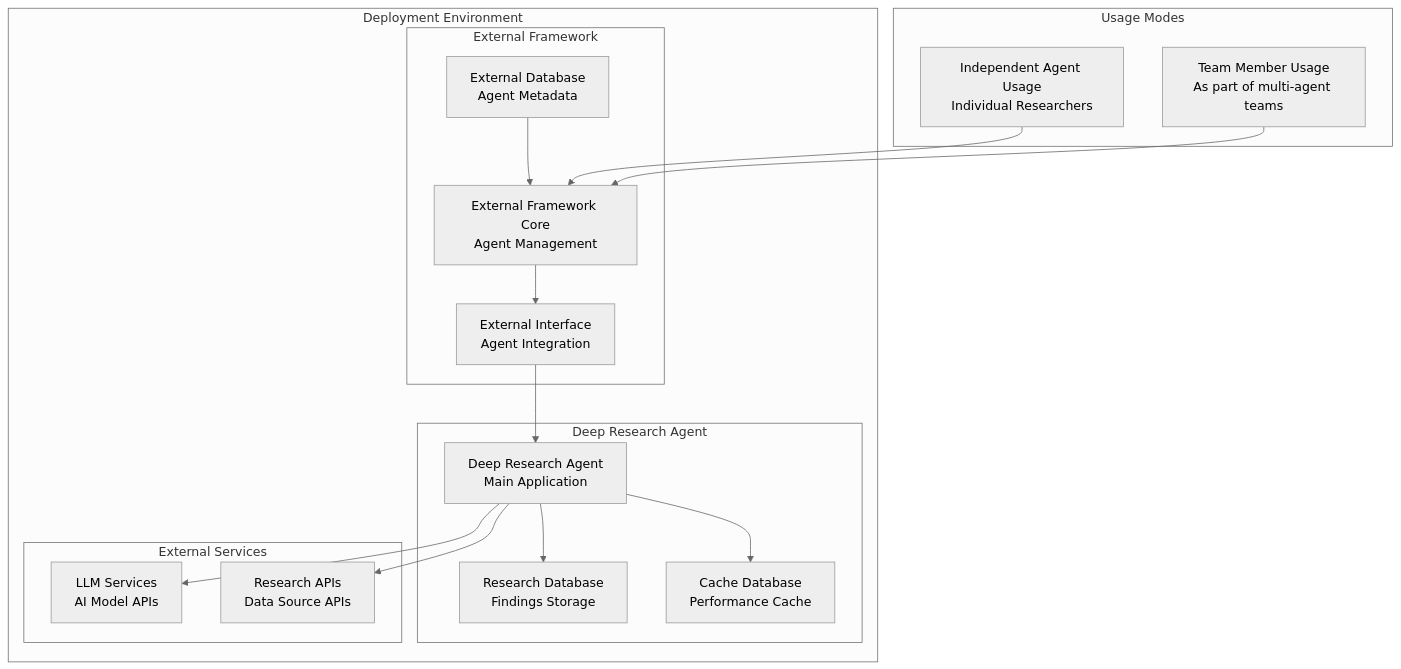
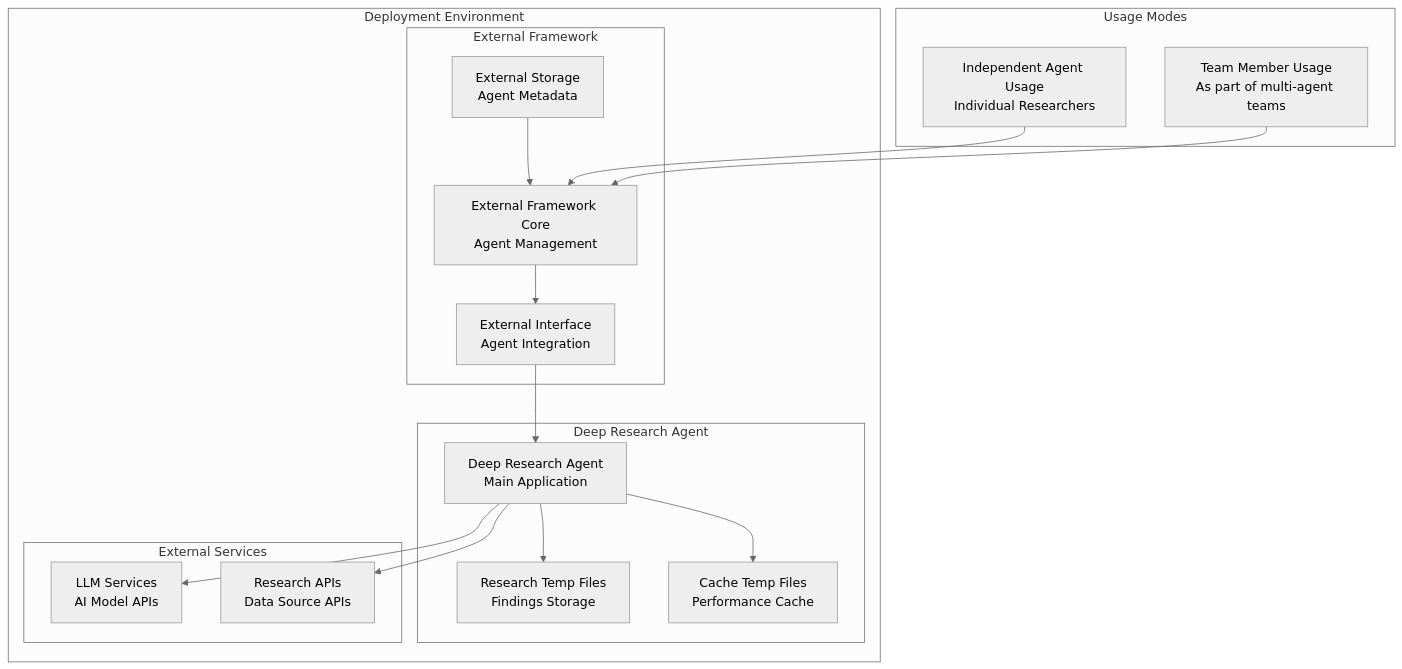
One commit to agentplug/research-agent changed the seventh of 7 diagrams in docs/.architecture_design/deep_research_agent_architecture.md. Above: the diagram before and after it, drawn with Mermaid (neutral theme). The commit also changed other lines of this file, not shown here.

First line of the commit message:
refactor: simplify scalability requirements for research agent

````diff
--- a/docs/.architecture_design/deep_research_agent_architecture.md
+++ b/docs/.architecture_design/deep_research_agent_architecture.md
@@ -475,38 +486,38 @@
 ```mermaid
 graph TB
     subgraph "Deployment Environment"
         subgraph "External Framework"
             AHC["External Framework Core<br/>Agent Management"]
             AHI["External Interface<br/>Agent Integration"]
-            AHD["External Database<br/>Agent Metadata"]
+            AHD["External Storage<br/>Agent Metadata"]
         end
         
         subgraph "Deep Research Agent"
             DRA["Deep Research Agent<br/>Main Application"]
-            RDB["Research Database<br/>Findings Storage"]
-            CDB["Cache Database<br/>Performance Cache"]
+            RTF["Research Temp Files<br/>Findings Storage"]
+            CTF["Cache Temp Files<br/>Performance Cache"]
         end
         
         subgraph "External Services"
             LLM["LLM Services<br/>AI Model APIs"]
             API["Research APIs<br/>Data Source APIs"]
         end
     end
     
     subgraph "Usage Modes"
         DU["Independent Agent Usage<br/>Individual Researchers"]
         MA["Team Member Usage<br/>As part of multi-agent teams"]
     end
     
     AHC --> AHI
     AHI --> DRA
     AHD --> AHC
     
-    DRA --> RDB
-    DRA --> CDB
+    DRA --> RTF
+    DRA --> CTF
     DRA --> LLM
     DRA --> API
     
     DU --> AHC
     MA --> AHC
 ```
````
